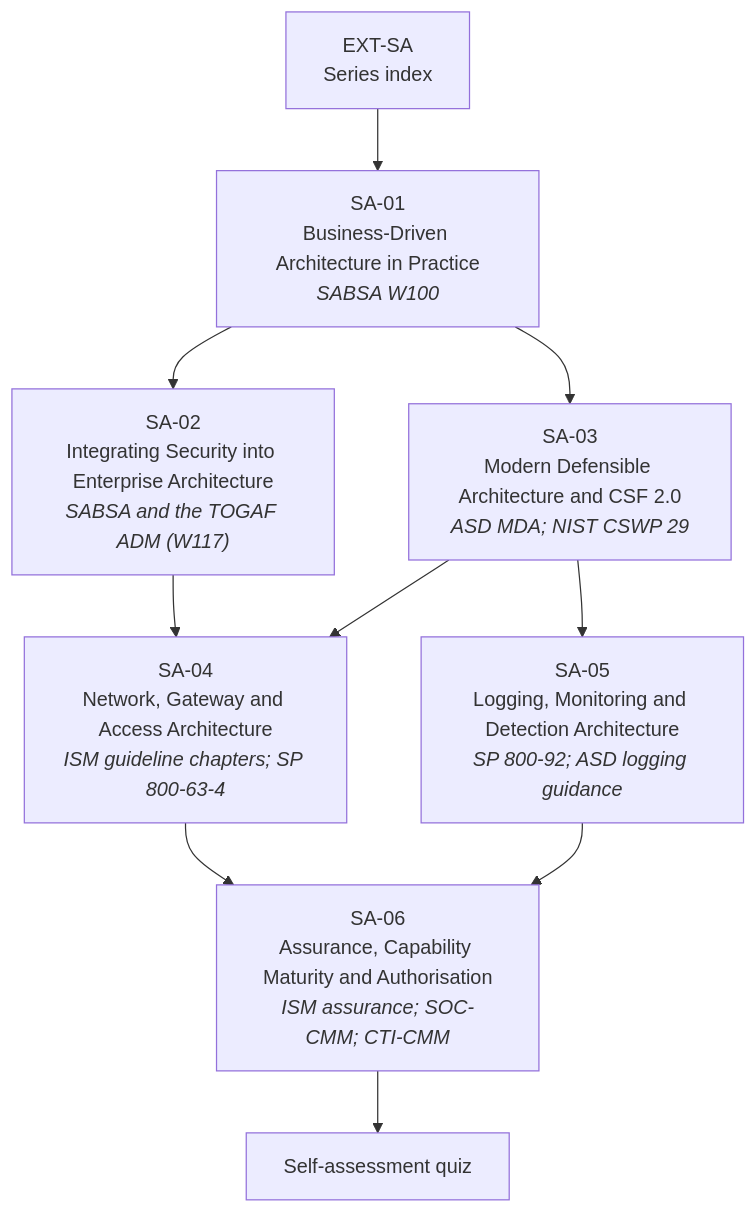
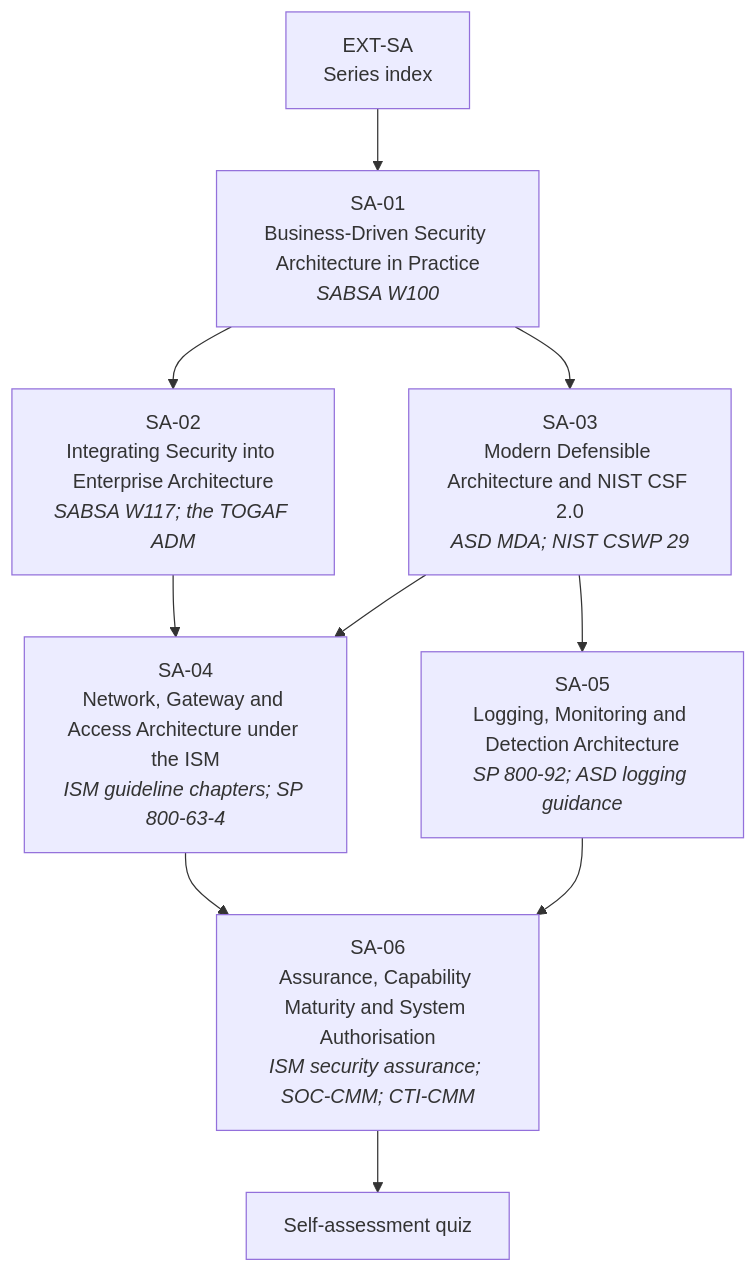
One commit to dev-nobytes-io/Open-source-cybersecurity-degree-australia- changed the diagram in docs/modules/security-architecture/index.md. Above: the diagram before and after it, drawn with Mermaid. The commit also changed other lines of this file, not shown here.

First line of the commit message:
EXT-SA index: SFIA 9 codes and ranges verified against sfia-online.org; drop invalid SURE, fix GOVN level

````diff
--- a/docs/modules/security-architecture/index.md
+++ b/docs/modules/security-architecture/index.md
@@ -95,12 +108,12 @@
 ```mermaid
 flowchart TD
-    IDX["EXT-SA<br/>Series index"] --> A["SA-01<br/>Business-Driven Architecture in Practice<br/><i>SABSA W100</i>"]
-    A --> B["SA-02<br/>Integrating Security into Enterprise Architecture<br/><i>SABSA and the TOGAF ADM (W117)</i>"]
-    A --> C["SA-03<br/>Modern Defensible Architecture and CSF 2.0<br/><i>ASD MDA; NIST CSWP 29</i>"]
-    B --> D["SA-04<br/>Network, Gateway and Access Architecture<br/><i>ISM guideline chapters; SP 800-63-4</i>"]
+    IDX["EXT-SA<br/>Series index"] --> A["SA-01<br/>Business-Driven Security Architecture in Practice<br/><i>SABSA W100</i>"]
+    A --> B["SA-02<br/>Integrating Security into Enterprise Architecture<br/><i>SABSA W117; the TOGAF ADM</i>"]
+    A --> C["SA-03<br/>Modern Defensible Architecture and NIST CSF 2.0<br/><i>ASD MDA; NIST CSWP 29</i>"]
+    B --> D["SA-04<br/>Network, Gateway and Access Architecture under the ISM<br/><i>ISM guideline chapters; SP 800-63-4</i>"]
     C --> D
     C --> E["SA-05<br/>Logging, Monitoring and Detection Architecture<br/><i>SP 800-92; ASD logging guidance</i>"]
-    D --> F["SA-06<br/>Assurance, Capability Maturity and Authorisation<br/><i>ISM assurance; SOC-CMM; CTI-CMM</i>"]
+    D --> F["SA-06<br/>Assurance, Capability Maturity and System Authorisation<br/><i>ISM security assurance; SOC-CMM; CTI-CMM</i>"]
     E --> F
     F --> Q["Self-assessment quiz"]
 ```
````
